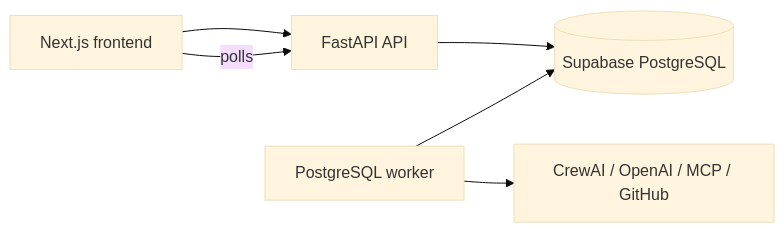
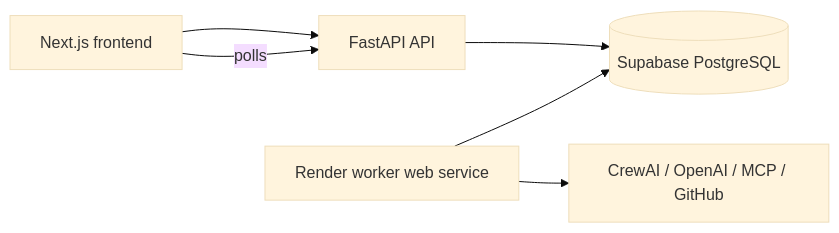
The second of 2 diagrams in README.md (syedmuhammadrayan7-png/DealLens-AI), drawn with Mermaid (base theme) before and after one commit. The commit also changed other lines of this file and 4 other files, not shown here.

Commit message:
Add Render free worker web service

````diff
--- a/README.md
+++ b/README.md
@@ -20,8 +20,8 @@
 ```mermaid
 flowchart LR
   UI[Next.js frontend] --> API[FastAPI API]
   API --> DB[(Supabase PostgreSQL)]
-  Worker[PostgreSQL worker] --> DB
+  Worker[Render worker web service] --> DB
   Worker --> AI[CrewAI / OpenAI / MCP / GitHub]
   UI -->|polls| API
 ```
````
